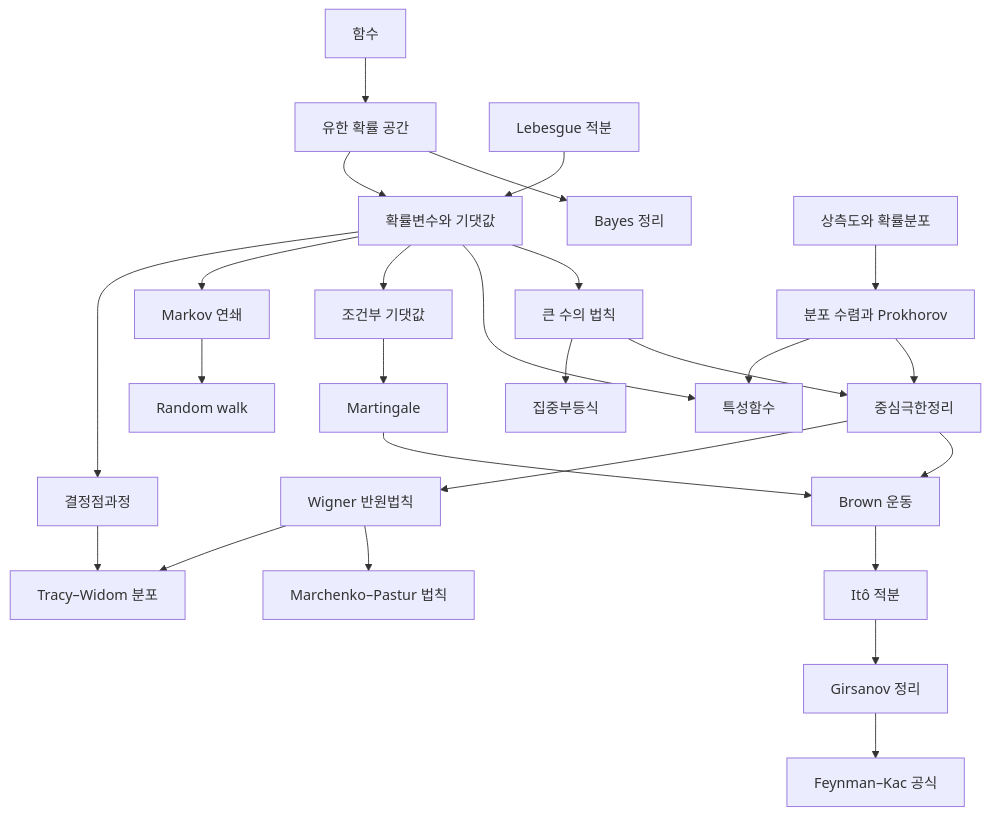
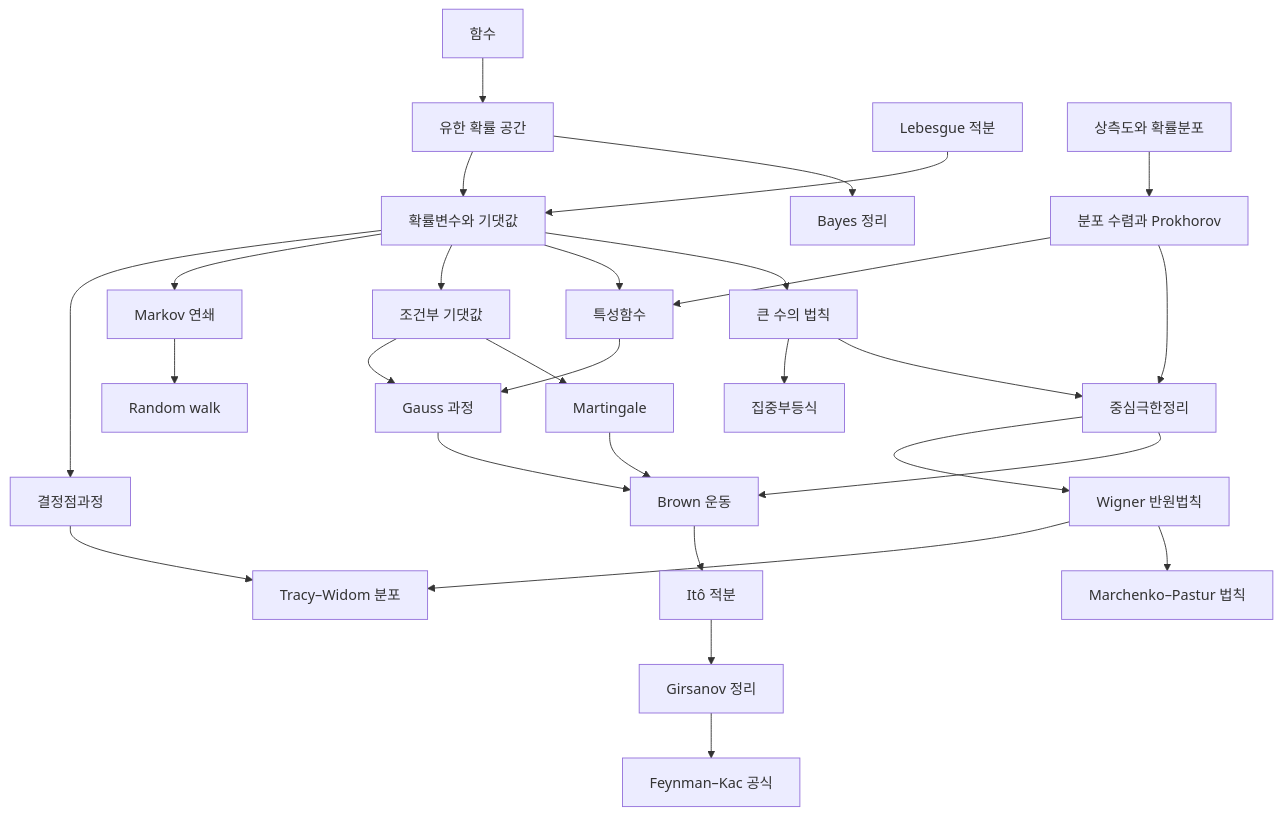
Before and after one commit to Phryxia/math-map: the diagram in docs/probability-overview.md, drawn with Mermaid. The commit also changed other lines of this file and 5 other files, not shown here.

````diff
--- a/docs/probability-overview.md
+++ b/docs/probability-overview.md
@@ -13,28 +13,31 @@
 ```mermaid
 graph TD
   FN["함수"] --> PR["유한 확률 공간"]
   PR --> BY["Bayes 정리"]
   PR --> RV["확률변수와 기댓값"]
   LI["Lebesgue 적분"] --> RV
   PM["상측도와 확률분포"] --> WC["분포 수렴과 Prokhorov"]
   RV --> LLN["큰 수의 법칙"]
   LLN --> CLT["중심극한정리"]
   WC --> CLT
   WC --> CF["특성함수"]
   RV --> CF
   LLN --> CI["집중부등식"]
   RV --> CE["조건부 기댓값"]
   CE --> MG["Martingale"]
   RV --> MC["Markov 연쇄"]
   MC --> RW["Random walk"]
   MG --> BM["Brown 운동"]
   CLT --> BM
   BM --> IT["Itô 적분"]
   IT --> GS["Girsanov 정리"]
   GS --> FK["Feynman–Kac 공식"]
   CLT --> WS["Wigner 반원법칙"]
   WS --> MP["Marchenko–Pastur 법칙"]
   WS --> TW["Tracy–Widom 분포"]
   RV --> DPP["결정점과정"]
   DPP --> TW
+  CF --> GP["Gauss 과정"]
+  CE --> GP
+  GP --> BM
 ```
````
